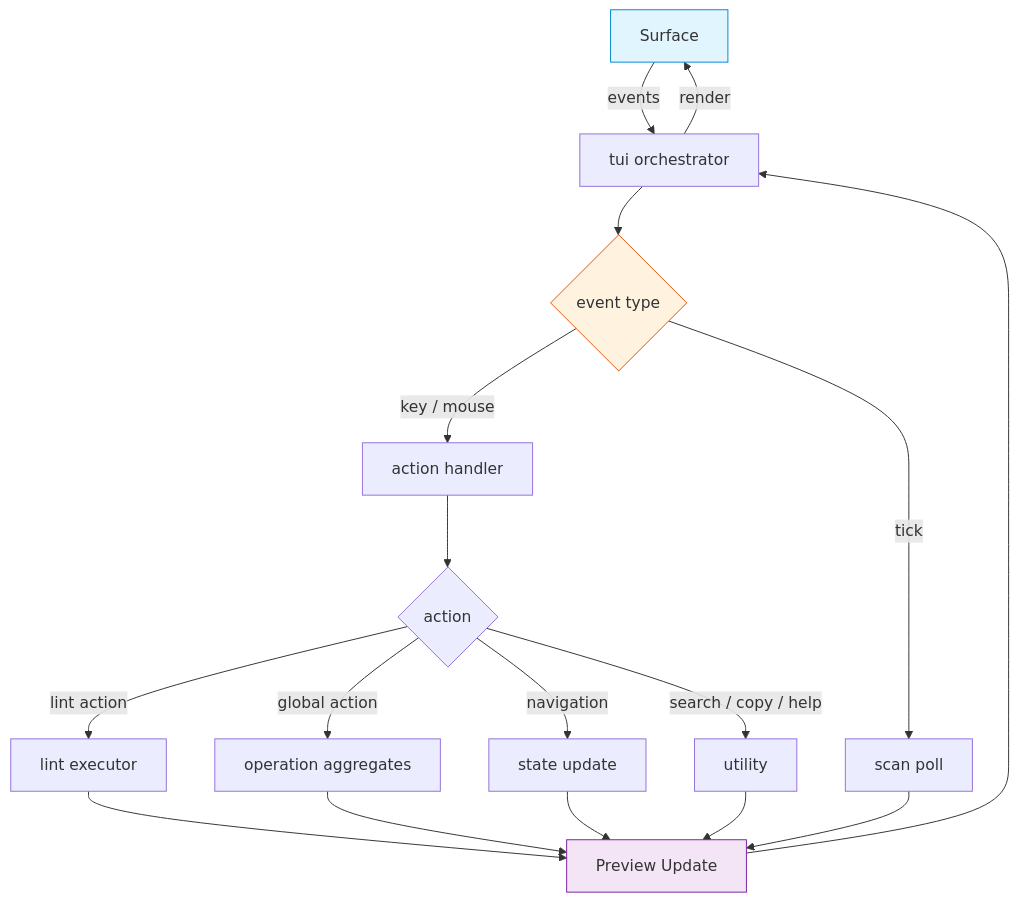
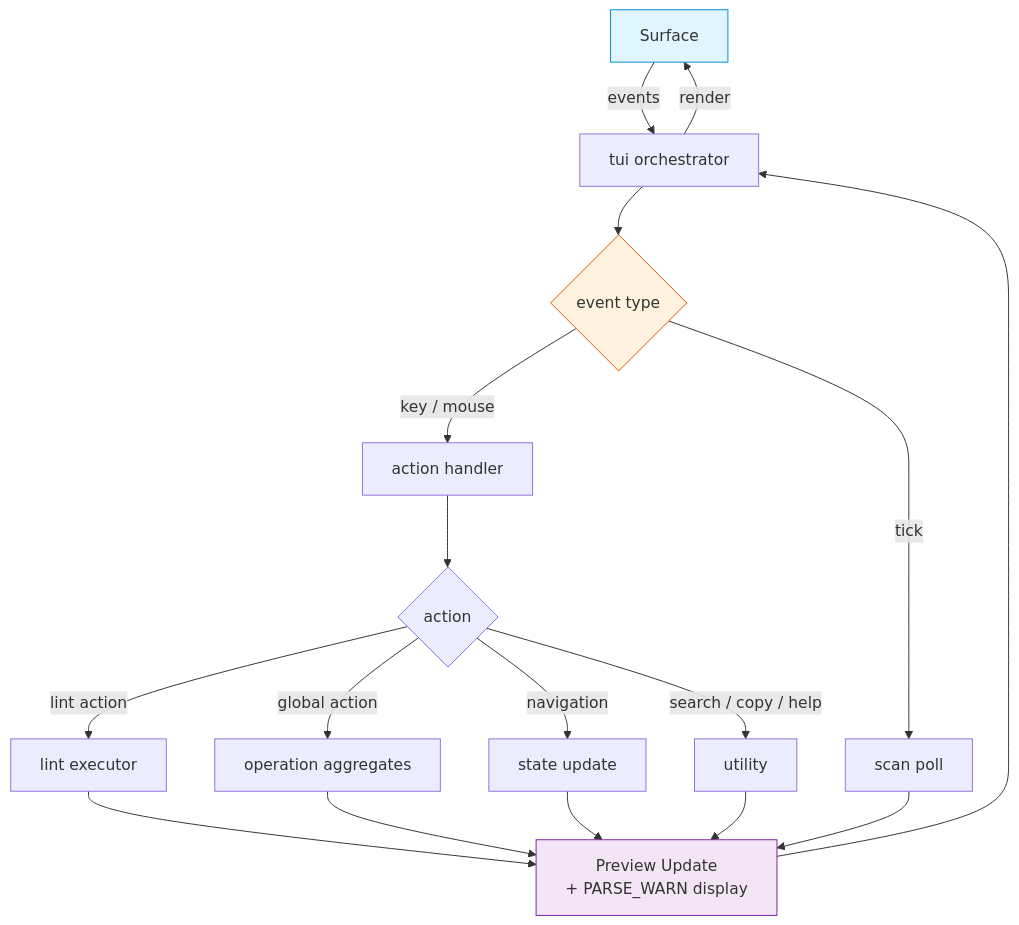
The diagram in crates/tui/FRD.md (rakaarwaky/lint-arwaky), drawn with Mermaid before and after one commit. The commit also changed other lines of this file and 11 other files, not shown here.

````diff
--- a/crates/tui/FRD.md
+++ b/crates/tui/FRD.md
@@ -7,27 +44,27 @@
 ```mermaid
 flowchart TD
     A["Surface"] -->|events| B["tui orchestrator"]
     B --> C{"event type"}
 
     C -->|"key / mouse"| D["action handler"]
     C -->|"tick"| E["scan poll"]
 
     D --> F{"action"}
     F -->|"navigation"| G["state update"]
     F -->|"lint action"| H["lint executor"]
     F -->|"global action"| I["operation aggregates"]
     F -->|"search / copy / help"| J["utility"]
 
-    H --> K["Preview Update"]
+    H --> K["Preview Update\n+ PARSE_WARN display"]
     I --> K
     G --> K
     J --> K
     E --> K
 
     K --> B
     B -->|render| A
 
     style A fill:#e1f5fe,stroke:#0288d1
     style C fill:#fff3e0,stroke:#e65100
     style K fill:#f3e5f5,stroke:#7b1fa2
 ```
````
